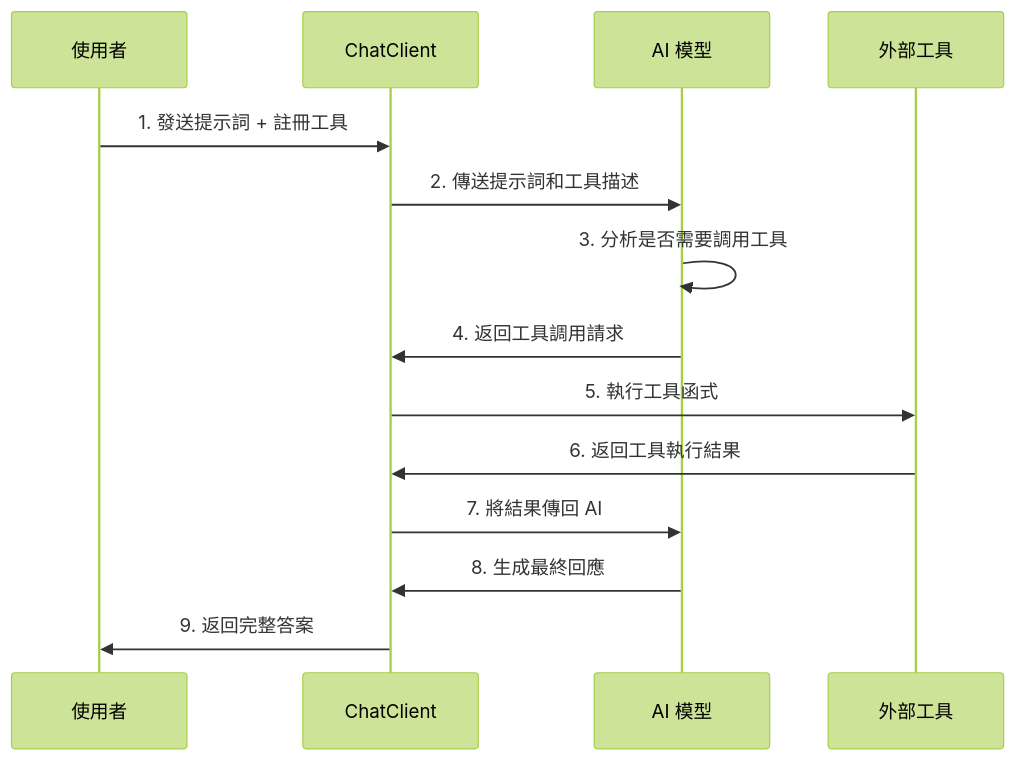
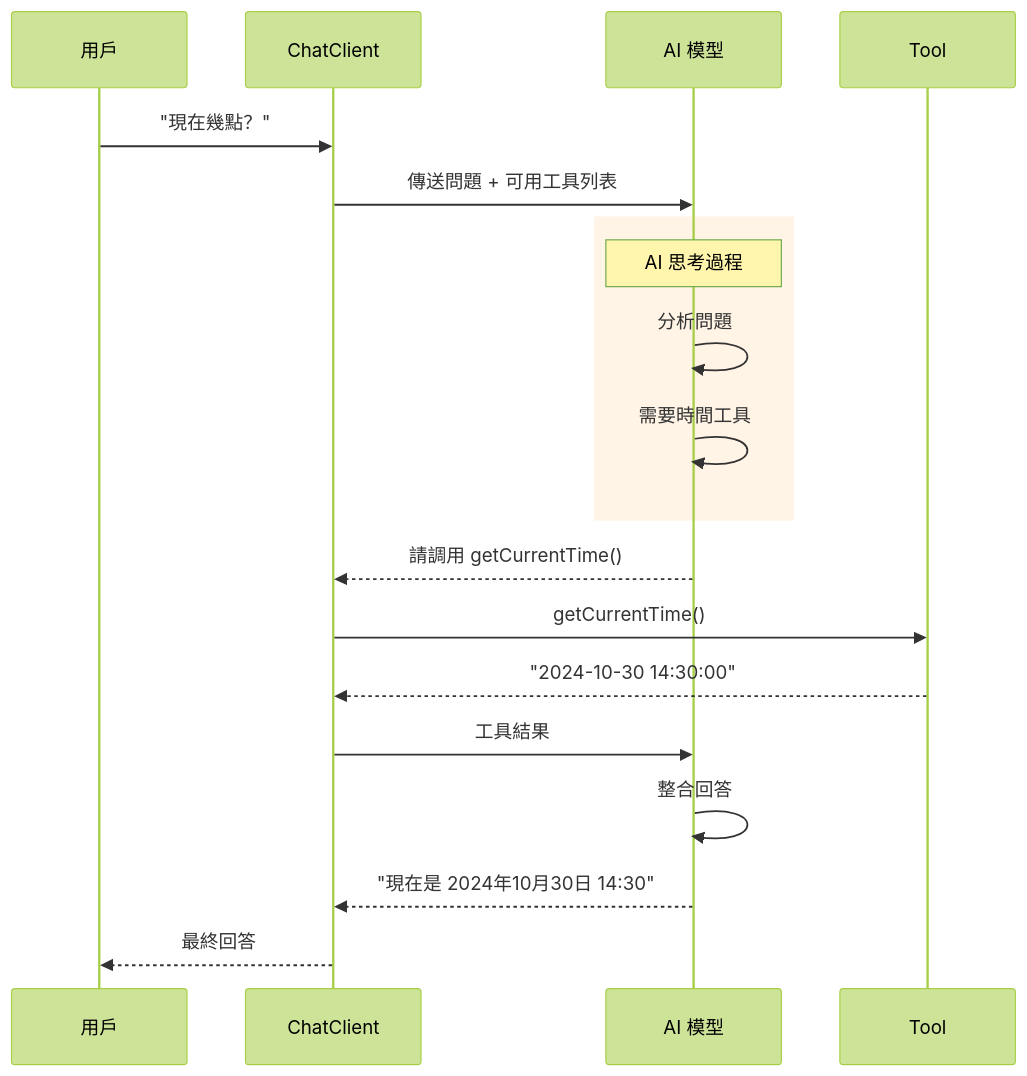
One commit to kevintsai1202/Spring_AI_BOOK changed the third of 3 diagrams in docs/chapter5/5.6.md. Above: the diagram before and after it, drawn with Mermaid (forest theme). The commit also changed other lines of this file and 457 other files, not shown here.

````diff
--- a/docs/chapter5/5.6.md
+++ b/docs/chapter5/5.6.md
@@ -74,17 +114,26 @@
 ```mermaid
 sequenceDiagram
-    participant User as 使用者
-    participant Client as ChatClient
+    participant U as 用戶
+    participant C as ChatClient
     participant AI as AI 模型
-    participant Tool as 外部工具
-    
-    User->>Client: 1. 發送提示詞 + 註冊工具
-    Client->>AI: 2. 傳送提示詞和工具描述
-    AI->>AI: 3. 分析是否需要調用工具
-    AI->>Client: 4. 返回工具調用請求
-    Client->>Tool: 5. 執行工具函式
-    Tool->>Client: 6. 返回工具執行結果
-    Client->>AI: 7. 將結果傳回 AI
-    AI->>Client: 8. 生成最終回應
-    Client->>User: 9. 返回完整答案
+    participant T as Tool
+
+    U->>C: "現在幾點？"
+    C->>AI: 傳送問題 + 可用工具列表
+
+    rect rgb(255, 244, 230)
+    Note over AI: AI 思考過程
+    AI->>AI: 分析問題
+    AI->>AI: 需要時間工具
+    end
+
+    AI-->>C: 請調用 getCurrentTime()
+    C->>T: getCurrentTime()
+    T-->>C: "2024-10-30 14:30:00"
+
+    C->>AI: 工具結果
+    AI->>AI: 整合回答
+    AI-->>C: "現在是 2024年10月30日 14:30"
+
+    C-->>U: 最終回答
 ```
````
